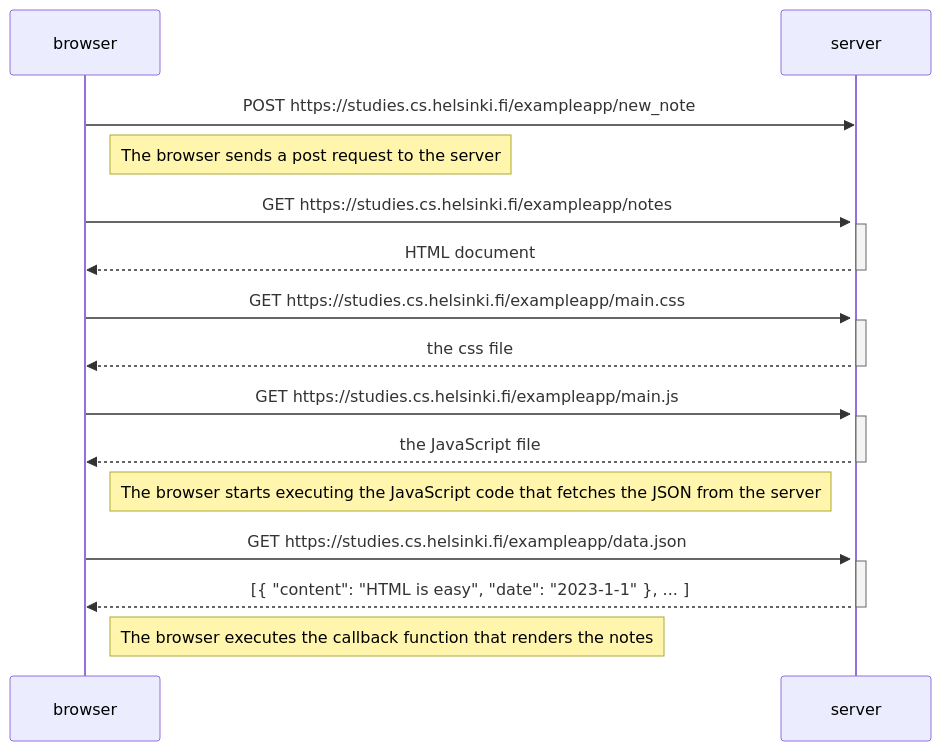
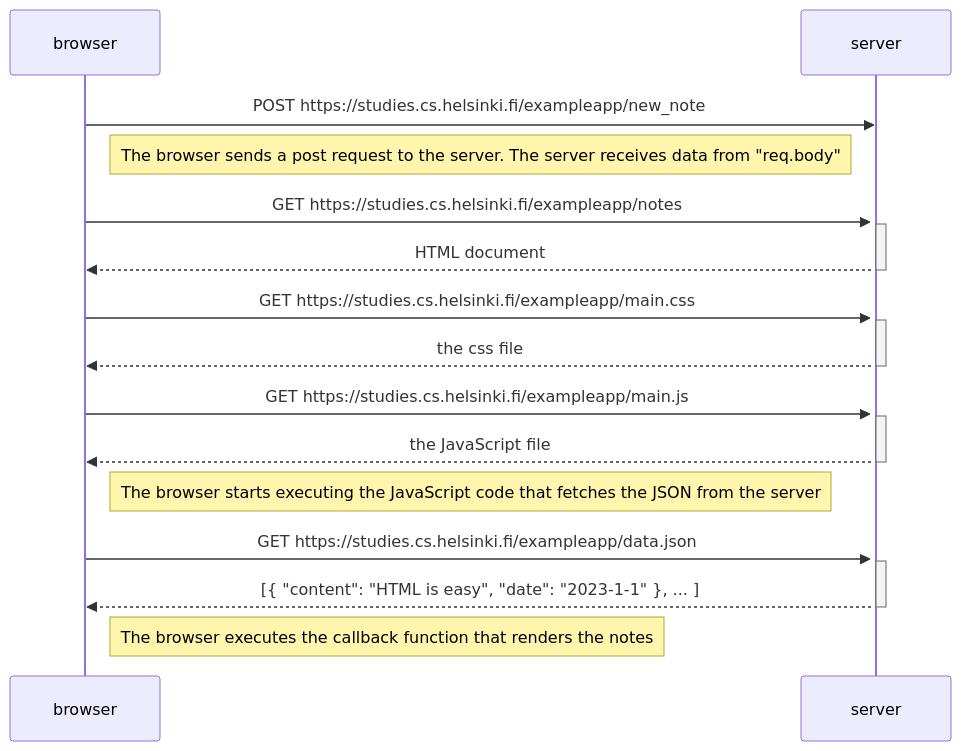
One commit to kaisadia/HY-fullstack changed the diagram in osa0/0.4.md. Above: the diagram before and after it, drawn with Mermaid.

````diff
--- a/osa0/0.4.md
+++ b/osa0/0.4.md
@@ -2,34 +2,34 @@
 ```mermaid
 sequenceDiagram
     participant browser
     participant server
     
     browser->>server: POST https://studies.cs.helsinki.fi/exampleapp/new_note
     activate server
     
-    Note right of browser: The browser sends a post request to the server
+    Note right of browser: The browser sends a post request to the server. The server receives data from "req.body"
     
     browser->>server: GET https://studies.cs.helsinki.fi/exampleapp/notes
     activate server
     server-->>browser: HTML document
     deactivate server
     
     browser->>server: GET https://studies.cs.helsinki.fi/exampleapp/main.css
     activate server
     server-->>browser: the css file
     deactivate server
     
     browser->>server: GET https://studies.cs.helsinki.fi/exampleapp/main.js
     activate server
     server-->>browser: the JavaScript file
     deactivate server
     
     Note right of browser: The browser starts executing the JavaScript code that fetches the JSON from the server
     
     browser->>server: GET https://studies.cs.helsinki.fi/exampleapp/data.json
     activate server
     server-->>browser: [{ "content": "HTML is easy", "date": "2023-1-1" }, ... ]
     deactivate server    
 
     Note right of browser: The browser executes the callback function that renders the notes 
 ```
````
